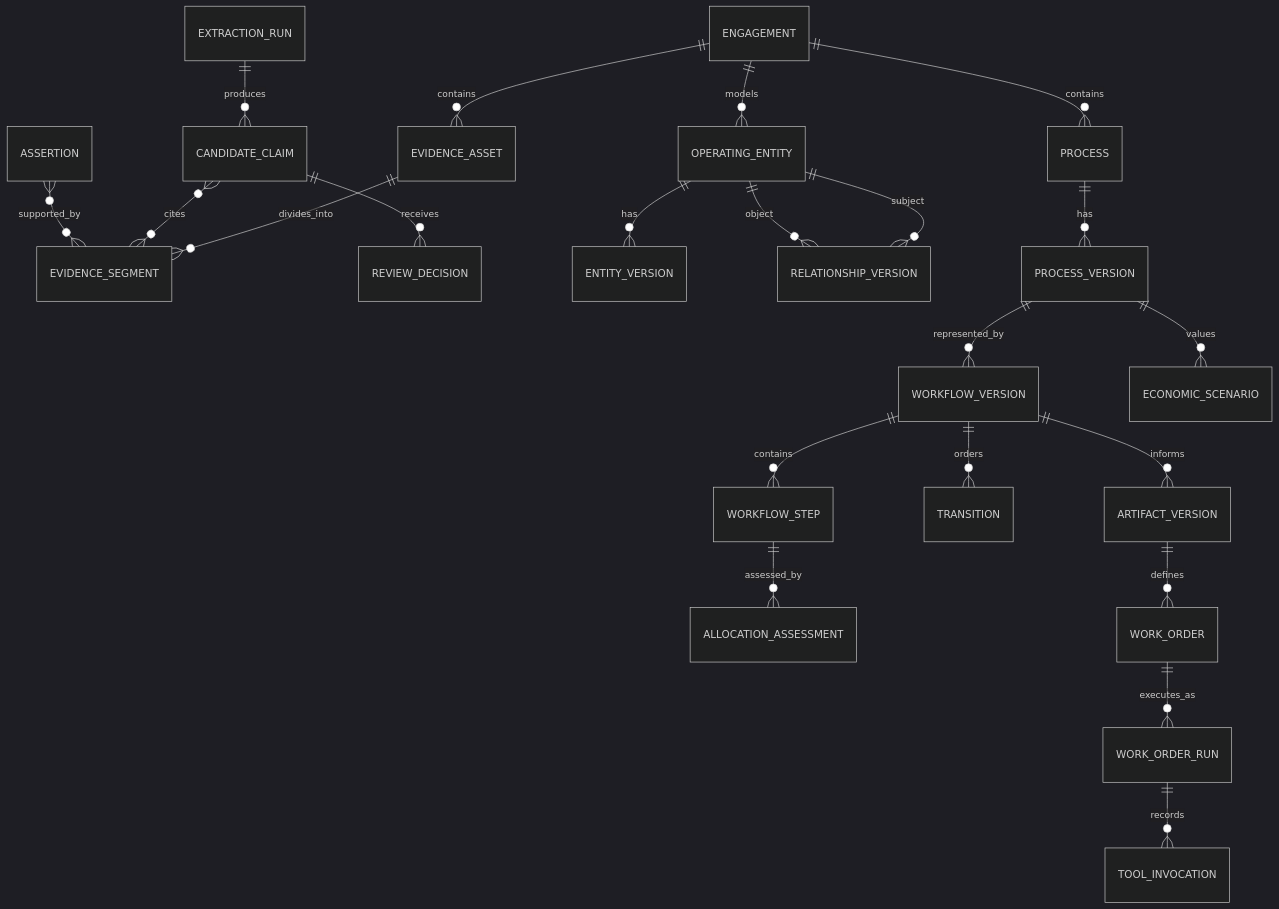
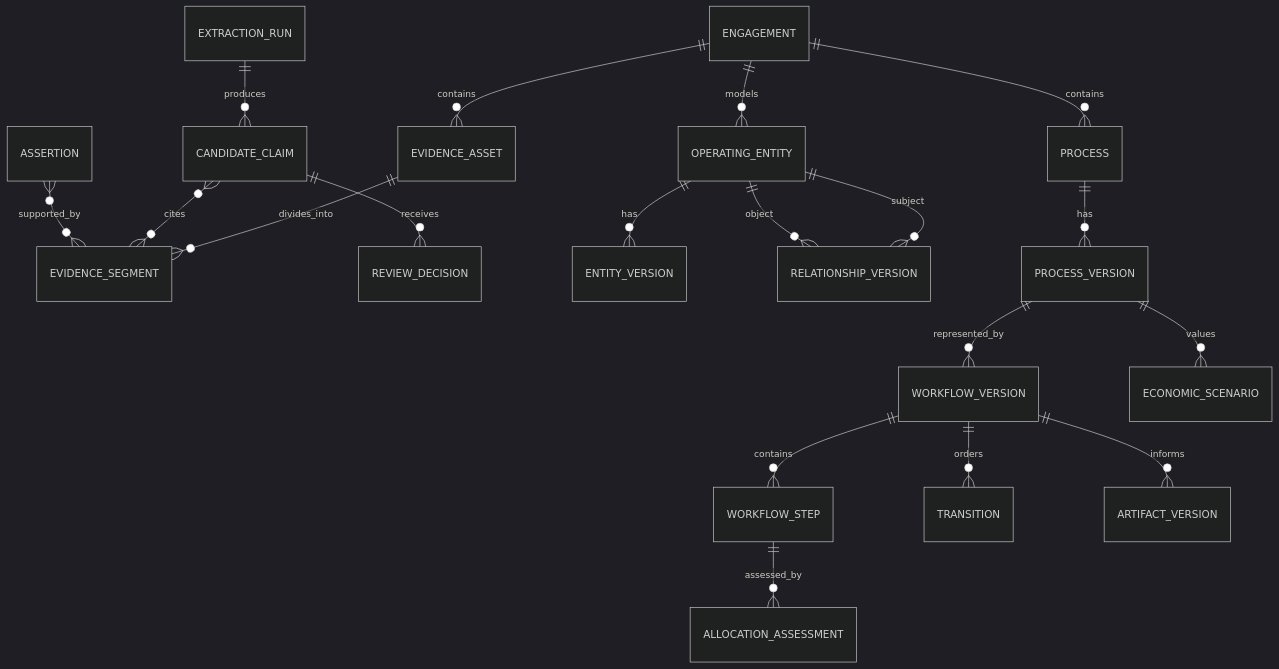
Before and after one commit to jaydubya818/AI-FDE-Agent: the diagram in docs/architecture/domain-model.md, drawn with Mermaid (dark theme). The commit also changed other lines of this file and 74 other files, not shown here.

````diff
--- a/docs/architecture/domain-model.md
+++ b/docs/architecture/domain-model.md
@@ -68,27 +71,24 @@
 ```mermaid
 erDiagram
     ENGAGEMENT ||--o{ EVIDENCE_ASSET : contains
     EVIDENCE_ASSET ||--o{ EVIDENCE_SEGMENT : divides_into
     EXTRACTION_RUN ||--o{ CANDIDATE_CLAIM : produces
     CANDIDATE_CLAIM }o--o{ EVIDENCE_SEGMENT : cites
     CANDIDATE_CLAIM ||--o{ REVIEW_DECISION : receives
 
     ENGAGEMENT ||--o{ OPERATING_ENTITY : models
     OPERATING_ENTITY ||--o{ ENTITY_VERSION : has
     OPERATING_ENTITY ||--o{ RELATIONSHIP_VERSION : subject
     OPERATING_ENTITY ||--o{ RELATIONSHIP_VERSION : object
     ASSERTION }o--o{ EVIDENCE_SEGMENT : supported_by
 
     ENGAGEMENT ||--o{ PROCESS : contains
     PROCESS ||--o{ PROCESS_VERSION : has
     PROCESS_VERSION ||--o{ WORKFLOW_VERSION : represented_by
     WORKFLOW_VERSION ||--o{ WORKFLOW_STEP : contains
     WORKFLOW_VERSION ||--o{ TRANSITION : orders
     WORKFLOW_STEP ||--o{ ALLOCATION_ASSESSMENT : assessed_by
 
     PROCESS_VERSION ||--o{ ECONOMIC_SCENARIO : values
     WORKFLOW_VERSION ||--o{ ARTIFACT_VERSION : informs
-    ARTIFACT_VERSION ||--o{ WORK_ORDER : defines
-    WORK_ORDER ||--o{ WORK_ORDER_RUN : executes_as
-    WORK_ORDER_RUN ||--o{ TOOL_INVOCATION : records
 ```
````
